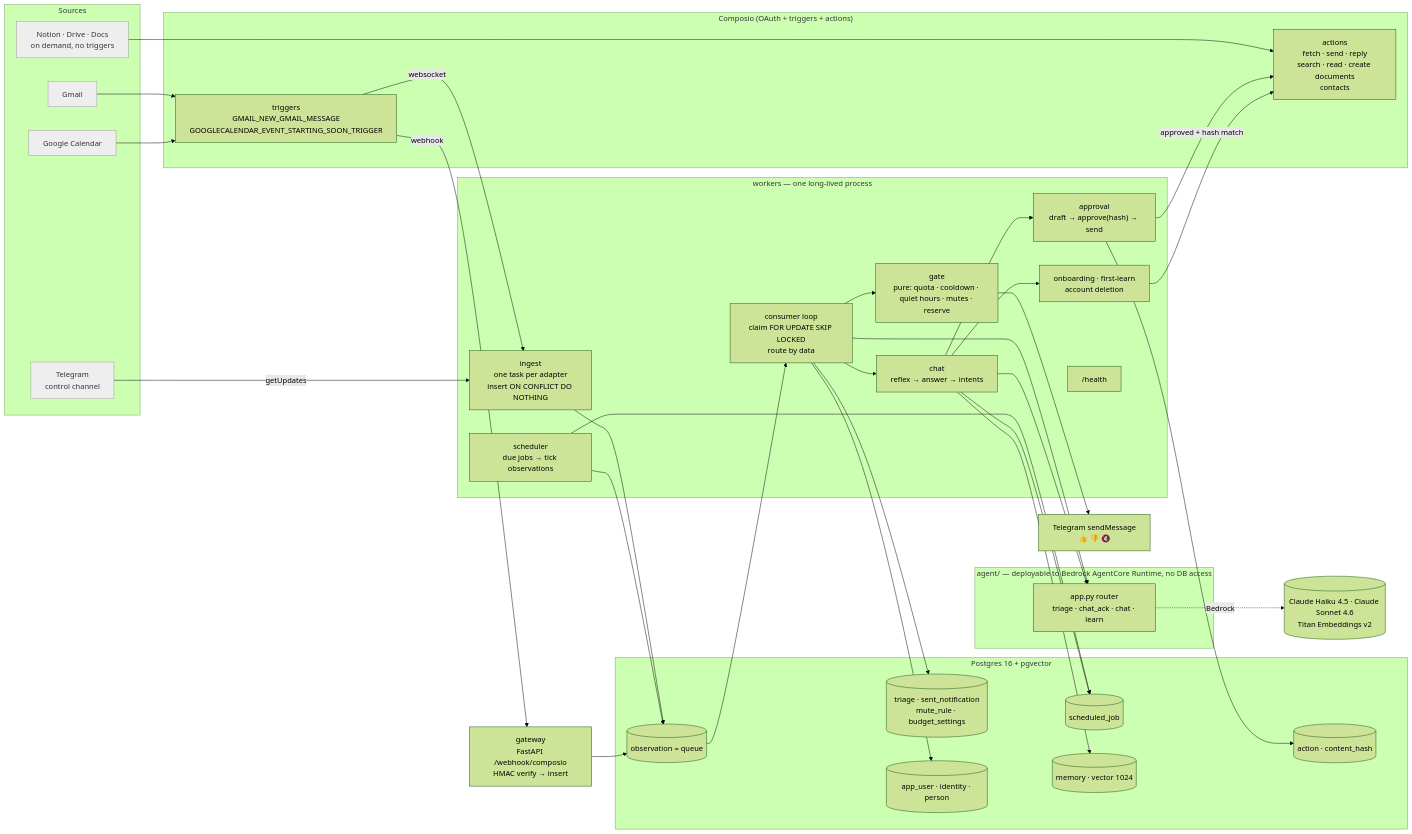
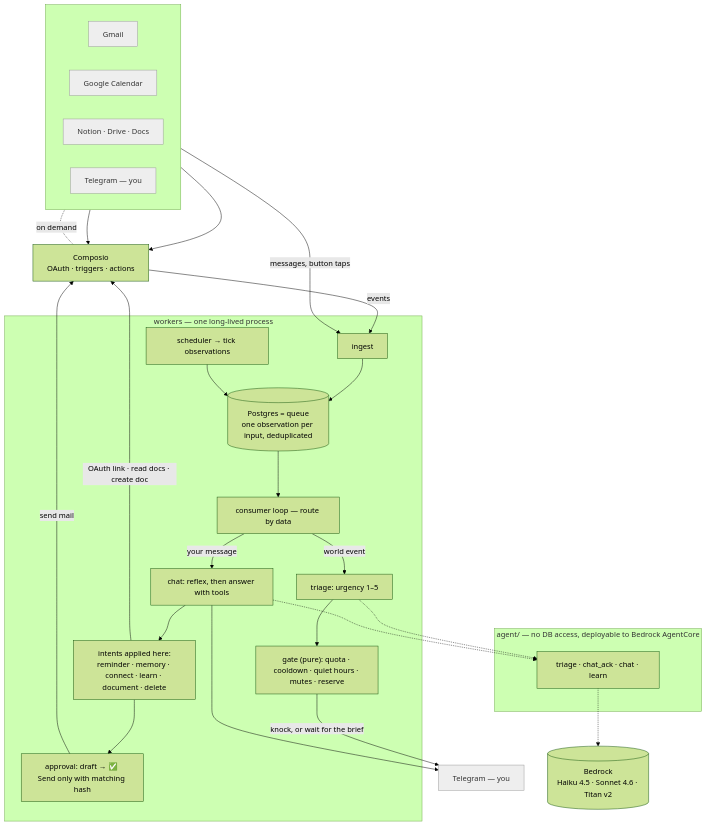
Before and after one commit to akcware/peyk: the diagram in docs/ARCHITECTURE.md, drawn with Mermaid (forest theme).

Commit message:
docs: simpler architecture diagram — top-down pipeline, one queue node, agent package on the side

````diff
--- a/docs/ARCHITECTURE.md
+++ b/docs/ARCHITECTURE.md
@@ -12,61 +12,41 @@
 ```mermaid
-flowchart LR
-    subgraph Sources
+flowchart TB
+    subgraph Sources[" "]
+        direction LR
         GM[Gmail]:::ext
         GC[Google Calendar]:::ext
-        DOC[Notion · Drive · Docs<br/>on demand, no triggers]:::ext
-        TG[Telegram<br/>control channel]:::ext
+        DOC[Notion · Drive · Docs]:::ext
+        TG[Telegram — you]:::ext
     end
-    subgraph Composio["Composio (OAuth + triggers + actions)"]
-        TR[triggers<br/>GMAIL_NEW_GMAIL_MESSAGE<br/>GOOGLECALENDAR_EVENT_STARTING_SOON_TRIGGER]
-        AC[actions<br/>fetch · send · reply<br/>search · read · create documents<br/>contacts]
+    CMP["Composio<br/>OAuth · triggers · actions"]
+    GM --> CMP
+    GC --> CMP
+    DOC -. on demand .- CMP
+    CMP -- events --> ING
+    TG -- messages, button taps --> ING
+
+    subgraph W["workers — one long-lived process"]
+        ING[ingest] --> Q[("Postgres = queue<br/>one observation per input, deduplicated")]
+        SCH[scheduler → tick observations] --> Q
+        Q --> LOOP["consumer loop — route by data"]
+        LOOP -- world event --> TRI[triage: urgency 1–5] --> GATE["gate (pure): quota · cooldown · quiet hours · mutes · reserve"]
+        LOOP -- your message --> CHAT["chat: reflex, then answer with tools"]
+        CHAT --> INT["intents applied here:<br/>reminder · memory · connect · learn · document · delete"]
+        INT --> APPR["approval: draft → ✅ Send only with matching hash"]
     end
-    GM --> TR
-    GC --> TR
-    DOC --> AC
-    TR -- websocket --> ING
-    TR -- webhook --> GW[gateway<br/>FastAPI /webhook/composio<br/>HMAC verify → insert]
-    TG -- getUpdates --> ING
 
-    subgraph Workers["workers — one long-lived process"]
-        ING[ingest<br/>one task per adapter<br/>insert ON CONFLICT DO NOTHING]
-        SCH[scheduler<br/>due jobs → tick observations]
-        LOOP[consumer loop<br/>claim FOR UPDATE SKIP LOCKED<br/>route by data]
-        GATE[gate<br/>pure: quota · cooldown · quiet hours · mutes · reserve]
-        CHAT[chat<br/>reflex → answer → intents]
-        APPR["approval<br/>draft → approve(hash) → send"]
-        ONB[onboarding · first-learn<br/>account deletion]
-        HB["/health"]
+    GATE -- knock, or wait for the brief --> OUT
+    CHAT --> OUT
+    OUT[Telegram — you]:::ext
+    APPR -- send mail --> CMP
+    INT -- OAuth link · read docs · create doc --> CMP
+
+    subgraph A["agent/ — no DB access, deployable to Bedrock AgentCore"]
+        AG[triage · chat_ack · chat · learn]
     end
-    subgraph DB["Postgres 16 + pgvector"]
-        OBS[(observation = queue)]
-        TRG[(triage · sent_notification<br/>mute_rule · budget_settings)]
-        JOB[(scheduled_job)]
-        MEM[(memory · vector 1024)]
-        ACT[(action · content_hash)]
-        USR[(app_user · identity · person)]
-    end
-    GW --> OBS
-    ING --> OBS
-    SCH --> JOB
-    SCH --> OBS
-    OBS --> LOOP
-    LOOP --> AGENT
-    LOOP --> GATE --> TGOUT[Telegram sendMessage<br/>👍 👎 🔇]
-    LOOP --> TRG
-    LOOP --> CHAT --> AGENT
-    CHAT --> MEM
-    CHAT --> JOB
-    CHAT --> ONB
-    CHAT --> APPR --> ACT
-    APPR -- approved + hash match --> AC
-    ONB --> AC
-    LOOP --> USR
-
-    subgraph AgentCore["agent/ — deployable to Bedrock AgentCore Runtime, no DB access"]
-        AGENT[app.py router<br/>triage · chat_ack · chat · learn]
-    end
-    AGENT -. Bedrock .-> BR[(Claude Haiku 4.5 · Claude Sonnet 4.6<br/>Titan Embeddings v2)]
+    TRI -.-> AG
+    CHAT -.-> AG
+    AG -.-> BR[("Bedrock<br/>Haiku 4.5 · Sonnet 4.6 · Titan v2")]
 
     classDef ext fill:#eee,stroke:#999,color:#333
 ```
````
